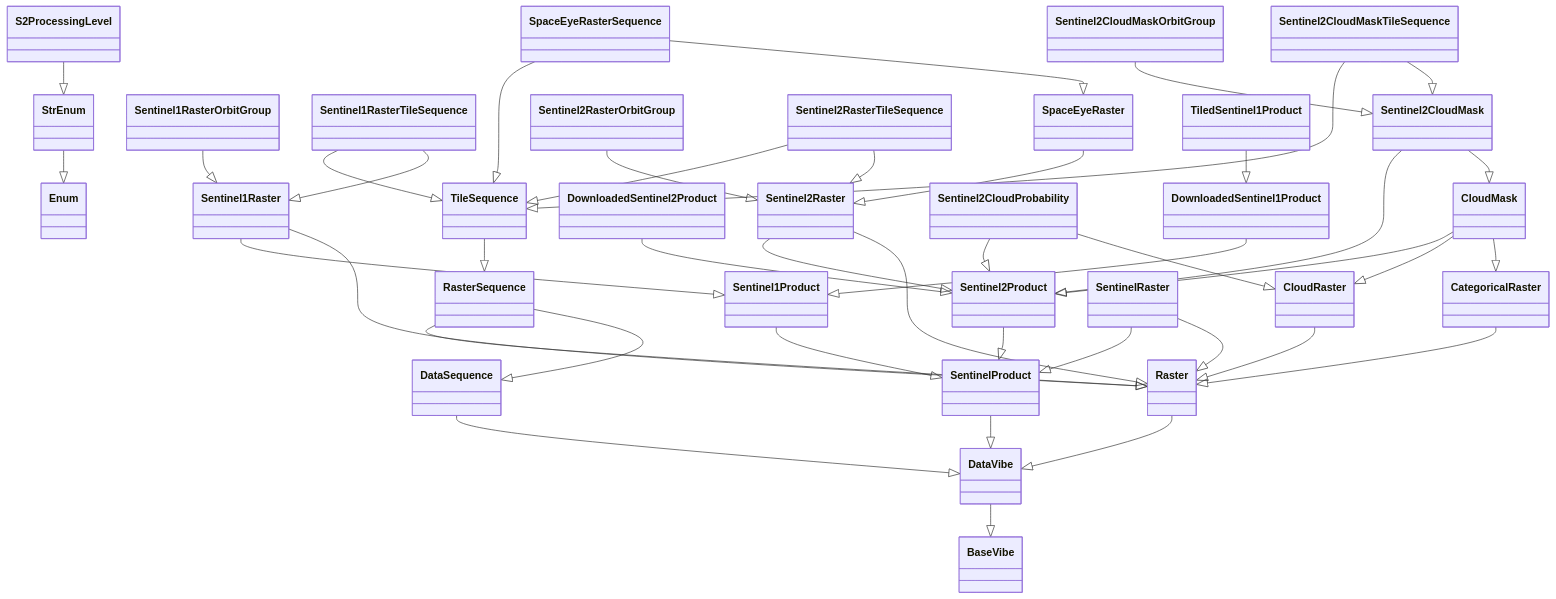
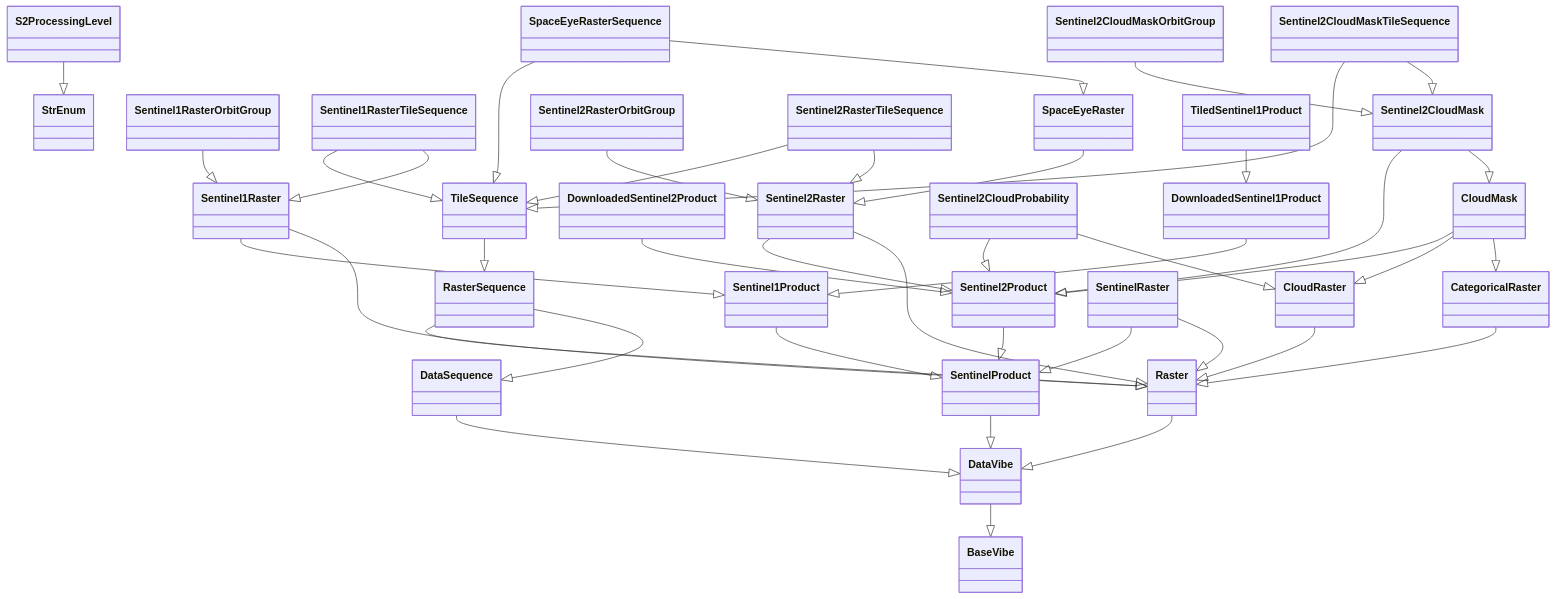
Before and after one commit to microsoft/farmvibes-ai: the diagram in docs/source/docfiles/markdown/data_types_diagram/sentinel_hierarchy.md, drawn with Mermaid. The commit also changed 34 other files, not shown here.

```diff
--- a/docs/source/docfiles/markdown/data_types_diagram/sentinel_hierarchy.md
+++ b/docs/source/docfiles/markdown/data_types_diagram/sentinel_hierarchy.md
@@ -2,8 +2,6 @@
 <div class="mermaid">
 
 classDiagram
-  class Enum {
-  }
   class StrEnum {
   }
   class BaseVibe {
@@ -64,7 +62,6 @@
   }
   class TiledSentinel1Product {
   }
-  StrEnum --|> Enum
   DataSequence --|> DataVibe
   DataVibe --|> BaseVibe
   CategoricalRaster --|> Raster
```
